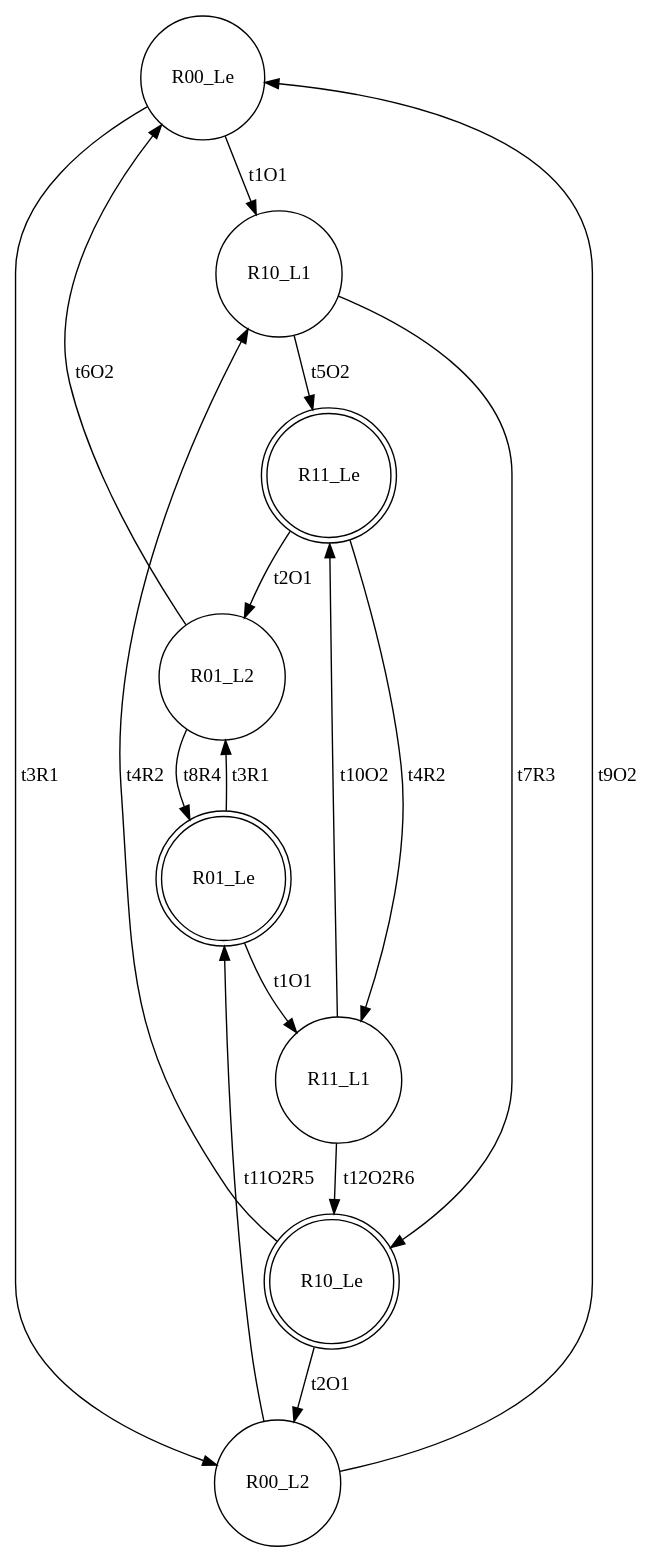
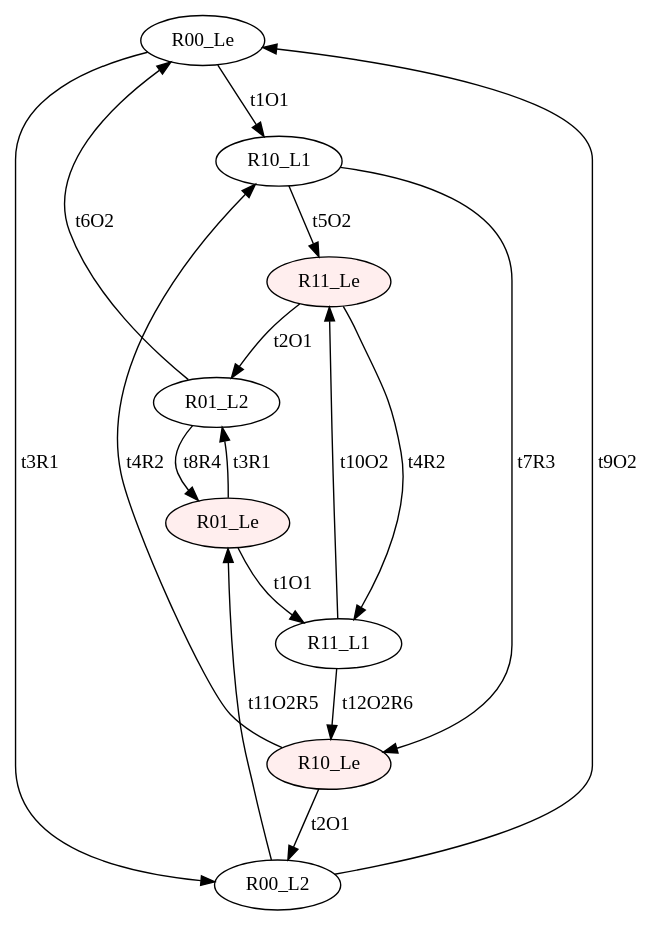
The diagram in input/s2_SC.dot (Stefano-BS/Explanatory-Diagnosis), drawn with Graphviz before and after one commit. The commit also changed 69 other files, not shown here.

```diff
--- a/input/s2_SC.dot
+++ b/input/s2_SC.dot
@@ -1,26 +1,26 @@
 digraph "SCinput/s2" {
-node [shape=circle]; R00_Le ;
-node [shape=circle]; R10_L1 ;
-node [shape=doublecircle]; R11_Le ;
-node [shape=circle]; R01_L2 ;
-node [shape=doublecircle]; R01_Le ;
-node [shape=circle]; R11_L1 ;
-node [shape=doublecircle]; R10_Le ;
-node [shape=circle]; R00_L2 ;
+node [fillcolor="#FFFFFF"]; R00_Le ;
+node [fillcolor="#FFFFFF"]; R10_L1 ;
+node [style=filled fillcolor="#FFEEEE"]; R11_Le ;
+node [fillcolor="#FFFFFF"]; R01_L2 ;
+node [style=filled fillcolor="#FFEEEE"]; R01_Le ;
+node [fillcolor="#FFFFFF"]; R11_L1 ;
+node [style=filled fillcolor="#FFEEEE"]; R10_Le ;
+node [fillcolor="#FFFFFF"]; R00_L2 ;
 R00_Le -> R00_L2 [label=t3R1]
 R00_Le -> R10_L1 [label=t1O1]
 R10_L1 -> R10_Le [label=t7R3]
 R10_L1 -> R11_Le [label=t5O2]
 R11_Le -> R11_L1 [label=t4R2]
 R11_Le -> R01_L2 [label=t2O1]
 R01_L2 -> R01_Le [label=t8R4]
 R01_L2 -> R00_Le [label=t6O2]
 R01_Le -> R01_L2 [label=t3R1]
 R01_Le -> R11_L1 [label=t1O1]
 R11_L1 -> R10_Le [label=t12O2R6]
 R11_L1 -> R11_Le [label=t10O2]
 R10_Le -> R10_L1 [label=t4R2]
 R10_Le -> R00_L2 [label=t2O1]
 R00_L2 -> R01_Le [label=t11O2R5]
 R00_L2 -> R00_Le [label=t9O2]
 }
```
